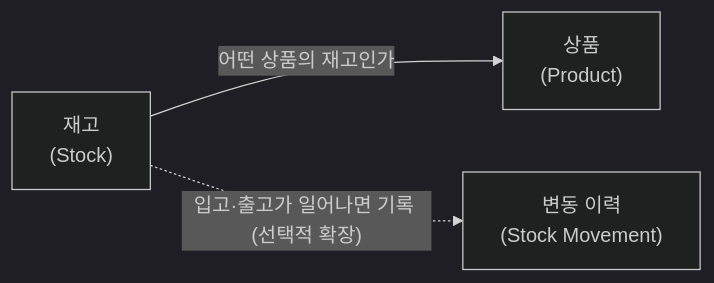
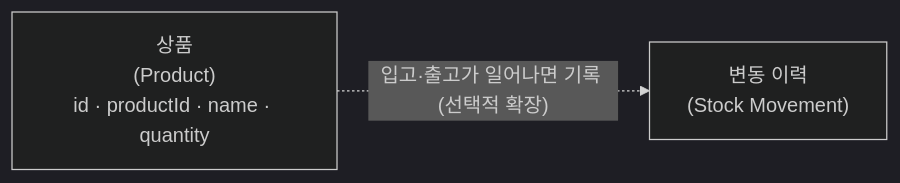
The diagram in docs/modeling/structure.md (JuJin1324/assignment-inventory-management), drawn with Mermaid (dark theme) before and after one commit. The commit also changed other lines of this file and 4 other files, not shown here.

````diff
--- a/docs/modeling/structure.md
+++ b/docs/modeling/structure.md
@@ -5,9 +5,7 @@
 ```mermaid
 graph LR
-    Product["상품<br/>(Product)"]
-    Stock["재고<br/>(Stock)"]
+    Product["상품<br/>(Product)<br/>id · productId · name · quantity"]
     Movement["변동 이력<br/>(Stock Movement)"]
 
-    Stock -->|어떤 상품의 재고인가| Product
-    Stock -.->|"입고·출고가 일어나면 기록 (선택적 확장)"| Movement
+    Product -.->|"입고·출고가 일어나면 기록 (선택적 확장)"| Movement
 ```
````
